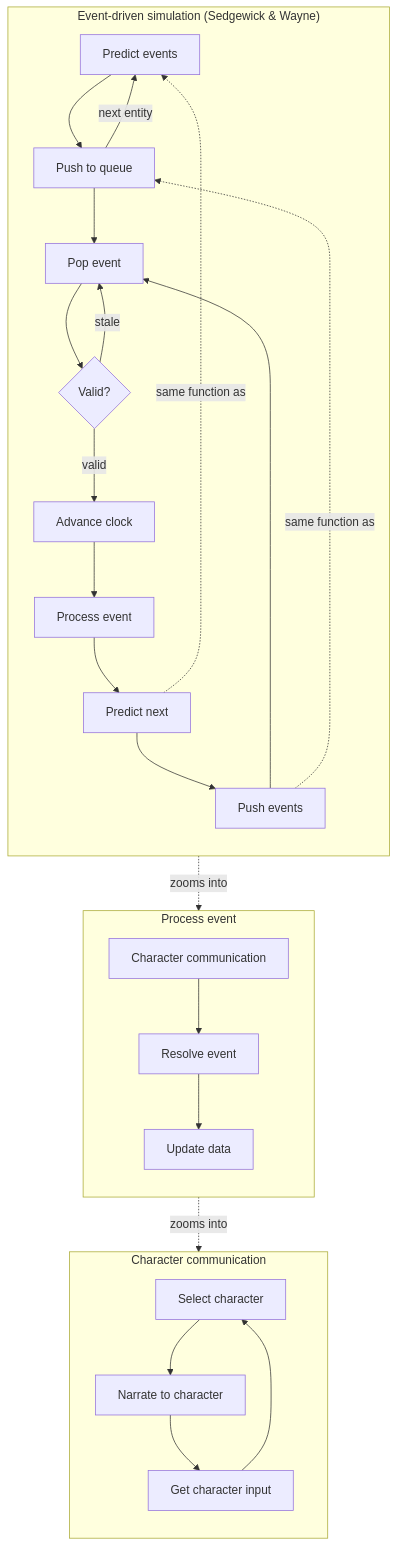
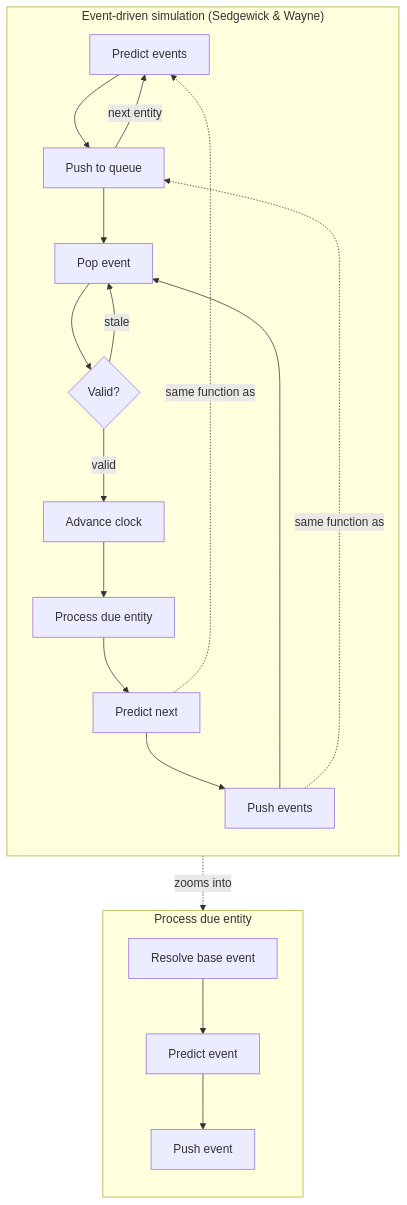
The second of 2 diagrams in docs/architecture.md (zhafen/story-simulator), drawn with Mermaid before and after one commit. The commit also changed other lines of this file and 29 other files, not shown here.

First line of the commit message:
Extract _process_due_entity; shelve character/npc/physics/terrain/spatial

````diff
--- a/docs/architecture.md
+++ b/docs/architecture.md
@@ -73,34 +70,25 @@
 ```mermaid
 flowchart TD
-    subgraph Turn["Process event"]
+    subgraph Turn["Process due entity"]
         direction TB
-        G["Character communication"] --> F[Resolve event]
-        F --> D[Update data]
-    end
-
-    subgraph Comm["Character communication"]
-        direction TB
-        SC[Select character] --> NC[Narrate to character]
-        NC --> GI[Get character input]
-        GI --> SC
+        RBE[Resolve base event] --> PRED2[Predict event] --> PUSH2[Push event]
     end
 
     subgraph Event["Event-driven simulation (Sedgewick & Wayne)"]
         direction TB
         I1[Predict events] --> I2[Push to queue]
         I2 -- next entity --> I1
         I2 --> L1[Pop event]
         L1 --> V{Valid?}
         V -- stale --> L1
         V -- valid --> ADV[Advance clock]
-        ADV --> PROC[Process event]
+        ADV --> PROC[Process due entity]
         PROC --> PRED[Predict next]
         PRED --> PUSH[Push events]
         PUSH --> L1
     end
 
     PROC -. zooms into .-> Turn
-    G -. zooms into .-> Comm
     PRED -. same function as .-> I1
     PUSH -. same function as .-> I2
 ```
````
